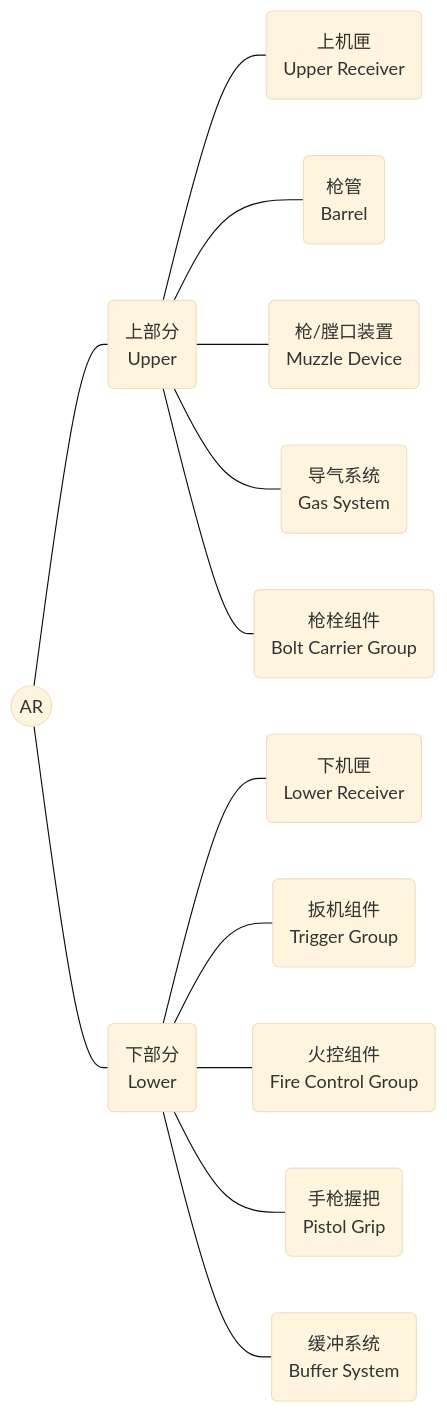
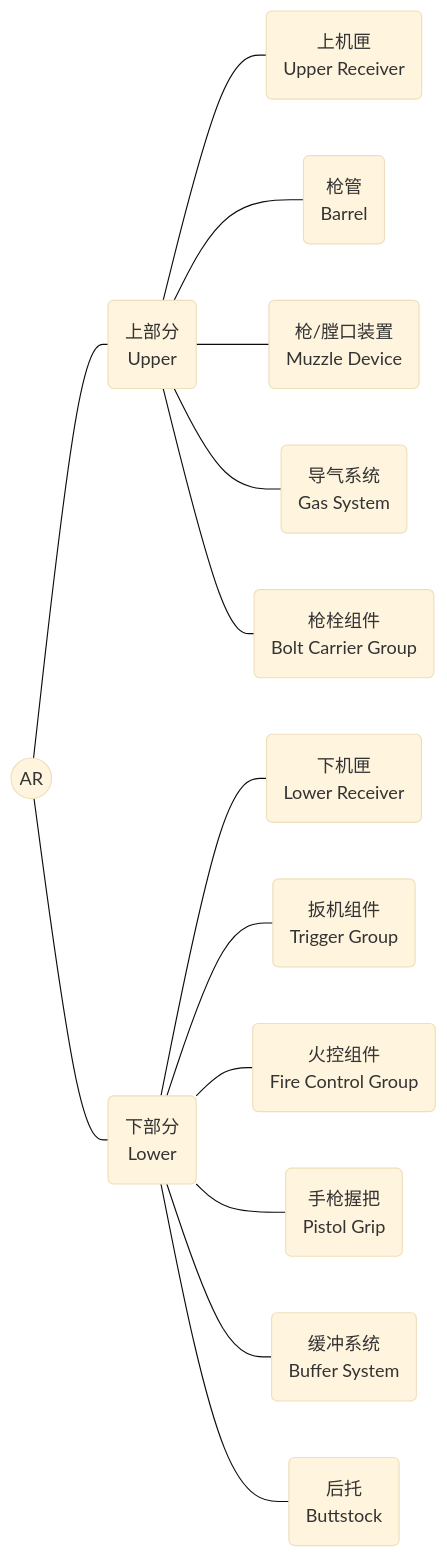
Before and after one commit to seraphdoo/BuildingGun: the diagram in README.md, drawn with Mermaid (base theme).

````diff
--- a/README.md
+++ b/README.md
@@ -3,41 +3,44 @@
 ```mermaid
 
 graph LR;
   ar((AR));
   up(上部分
   Upper);
   lo(下部分
   Lower);
   upp(上机匣
   Upper Receiver);
   low(下机匣
   Lower Receiver);
   barr(枪管
   Barrel);
   muzz(枪/膛口装置
   Muzzle Device);
   gas(导气系统
   Gas System);
   bolt(枪栓组件
   Bolt Carrier Group);
   trig(扳机组件
   Trigger Group);
   fire(火控组件
   Fire Control Group);
   pist(手枪握把
   Pistol Grip);
   buff(缓冲系统
   Buffer System);
+  butt(后托
+  Buttstock);
   ar --- up;
   ar --- lo;
   up --- upp;
   up --- barr;
   up --- muzz;
   up --- gas;
   up --- bolt;
   lo --- low;
   lo --- trig;
   lo --- fire;
   lo --- pist;
   lo --- buff;
+  lo --- butt;
 ```
````
